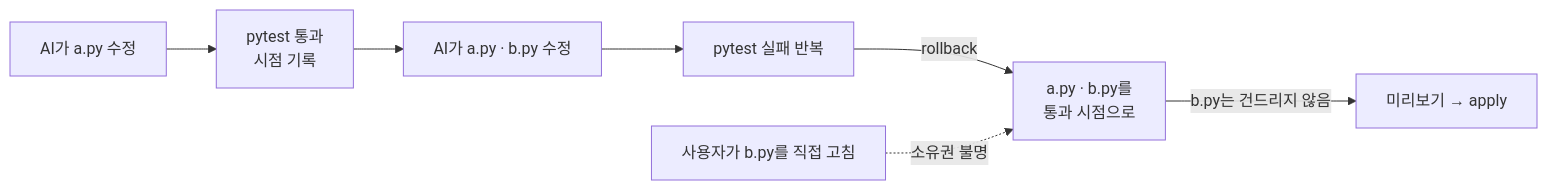
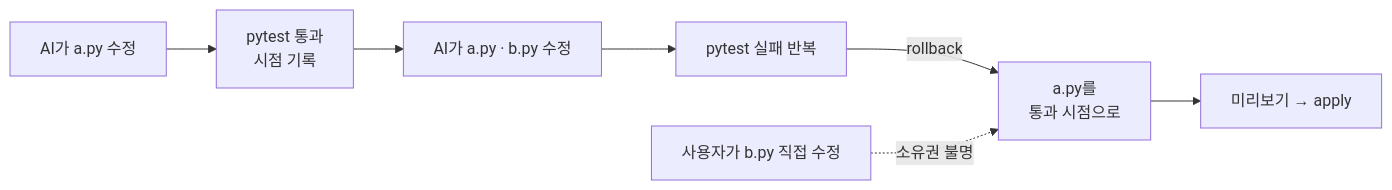
Before and after one commit to JinHo-von-Choi/anti-samcheonpo: the third of 3 diagrams in README.md, drawn with Mermaid. The commit also changed other lines of this file and 4 other files, not shown here.

````diff
--- a/README.md
+++ b/README.md
@@ -236,9 +196,9 @@
 ```mermaid
 flowchart LR
     W1[AI가 a.py 수정] --> P[pytest 통과<br/>시점 기록]
     P --> W2[AI가 a.py · b.py 수정]
     W2 --> X[pytest 실패 반복]
-    X -->|rollback| R[a.py · b.py를<br/>통과 시점으로]
-    U[사용자가 b.py를 직접 고침] -.->|소유권 불명| R
-    R -->|b.py는 건드리지 않음| D[미리보기 → apply]
+    X -->|rollback| R[a.py를<br/>통과 시점으로]
+    U[사용자가 b.py 직접 수정] -.->|소유권 불명| R
+    R --> D[미리보기 → apply]
 ```
````
